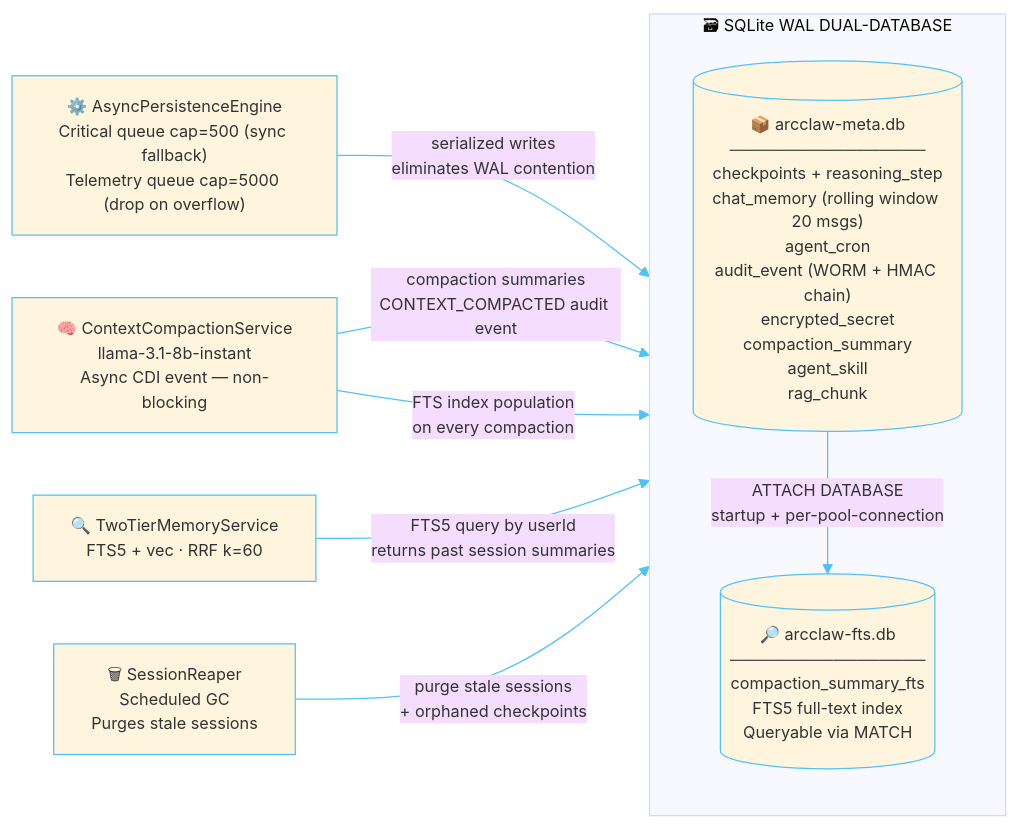
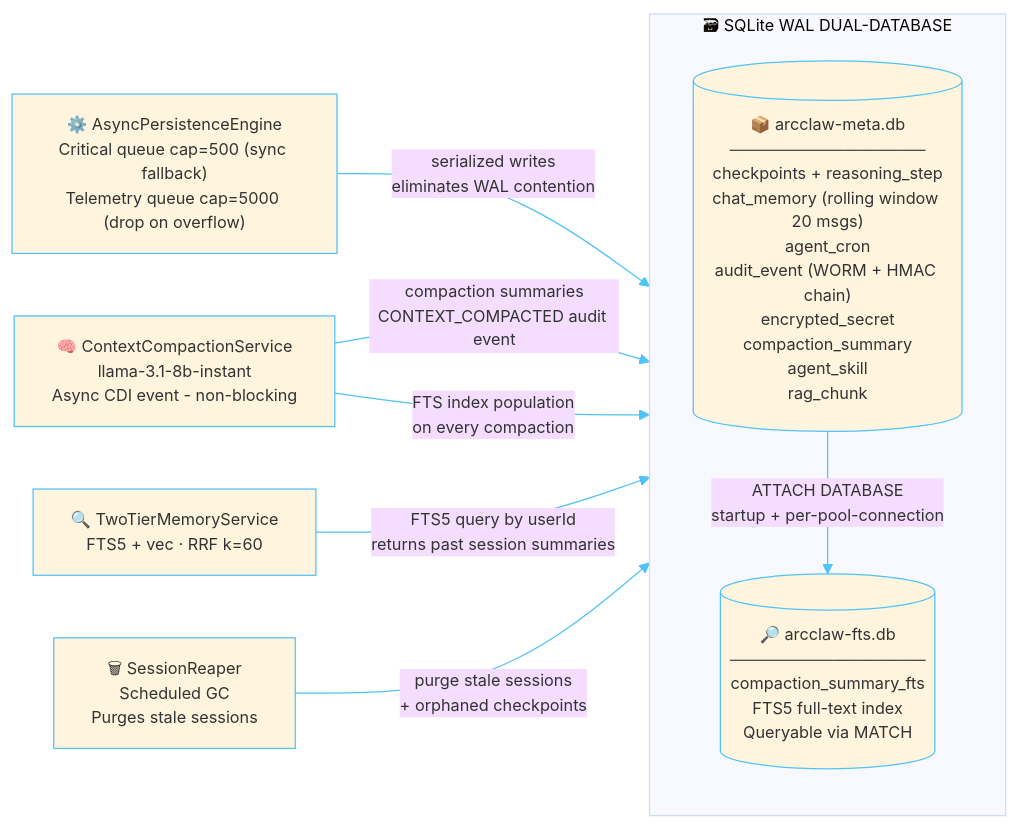
One commit to rsrini7/AmshaAgent changed the fifth of 8 diagrams in README.md. Above: the diagram before and after it, drawn with Mermaid. The commit also changed other lines of this file and 322 other files, not shown here.

````diff
--- a/README.md
+++ b/README.md
@@ -863,22 +863,22 @@
 ```mermaid
 %%{init: {'theme': 'base', 'themeVariables': {'primaryBorderColor': '#4fc3f7', 'lineColor': '#4fc3f7', 'activationBorderColor': '#4fc3f7', 'actorBorder': '#4fc3f7', 'actorLineColor': '#4fc3f7','labelBoxBorderColor': '#0b0c0cff', 'noteBorderColor': '#81c784', 'fontSize': '13px'}}}%%
 graph LR
 
     APE["⚙️ AsyncPersistenceEngine<br/>Critical queue cap=500 (sync fallback)<br/>Telemetry queue cap=5000 (drop on overflow)"]:::writer
-    CC["🧠 ContextCompactionService<br/>llama-3.1-8b-instant<br/>Async CDI event — non-blocking"]:::compactor
+    CC["🧠 ContextCompactionService<br/>llama-3.1-8b-instant<br/>Async CDI event - non-blocking"]:::compactor
     TMS["🔍 TwoTierMemoryService<br/>FTS5 + vec · RRF k=60"]:::searcher
     SR["🗑 SessionReaper<br/>Scheduled GC<br/>Purges stale sessions"]:::reaper
 
     subgraph DUAL["  🗃  SQLite WAL DUAL-DATABASE  "]
         direction TB
         Meta[("📦 arcclaw-meta.db<br/>─────────────────<br/>checkpoints + reasoning_step<br/>chat_memory (rolling window 20 msgs)<br/>agent_cron<br/>audit_event (WORM + HMAC chain)<br/>encrypted_secret<br/>compaction_summary<br/>agent_skill<br/>rag_chunk")]:::metadb
         FTS[("🔎 arcclaw-fts.db<br/>─────────────────<br/>compaction_summary_fts<br/>FTS5 full-text index<br/>Queryable via MATCH")]:::ftsdb
         Meta -->|"ATTACH DATABASE<br/>startup + per-pool-connection"| FTS
     end
 
     APE -->|"serialized writes<br/>eliminates WAL contention"| Meta
     CC -->|"compaction summaries<br/>CONTEXT_COMPACTED audit event"| Meta
     CC -->|"FTS index population<br/>on every compaction"| FTS
     TMS -->|"FTS5 query by userId<br/>returns past session summaries"| FTS
     SR -->|"purge stale sessions<br/>+ orphaned checkpoints"| Meta
 ```
````
